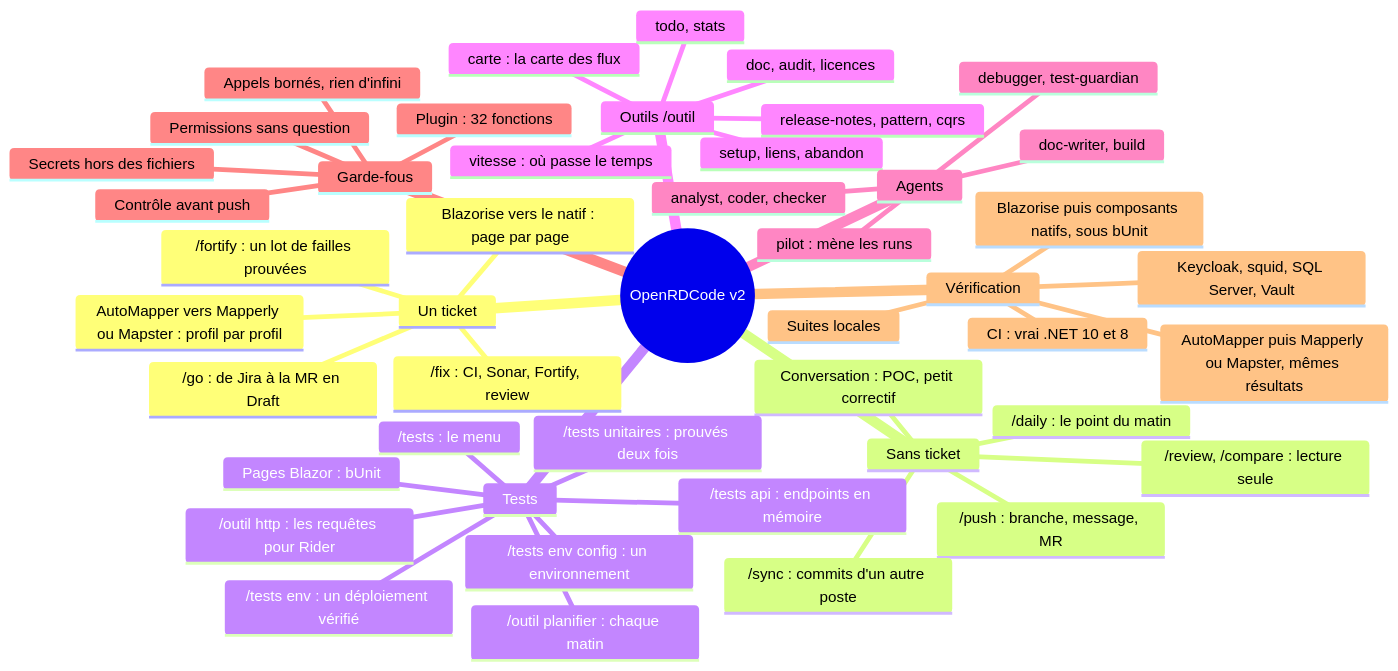
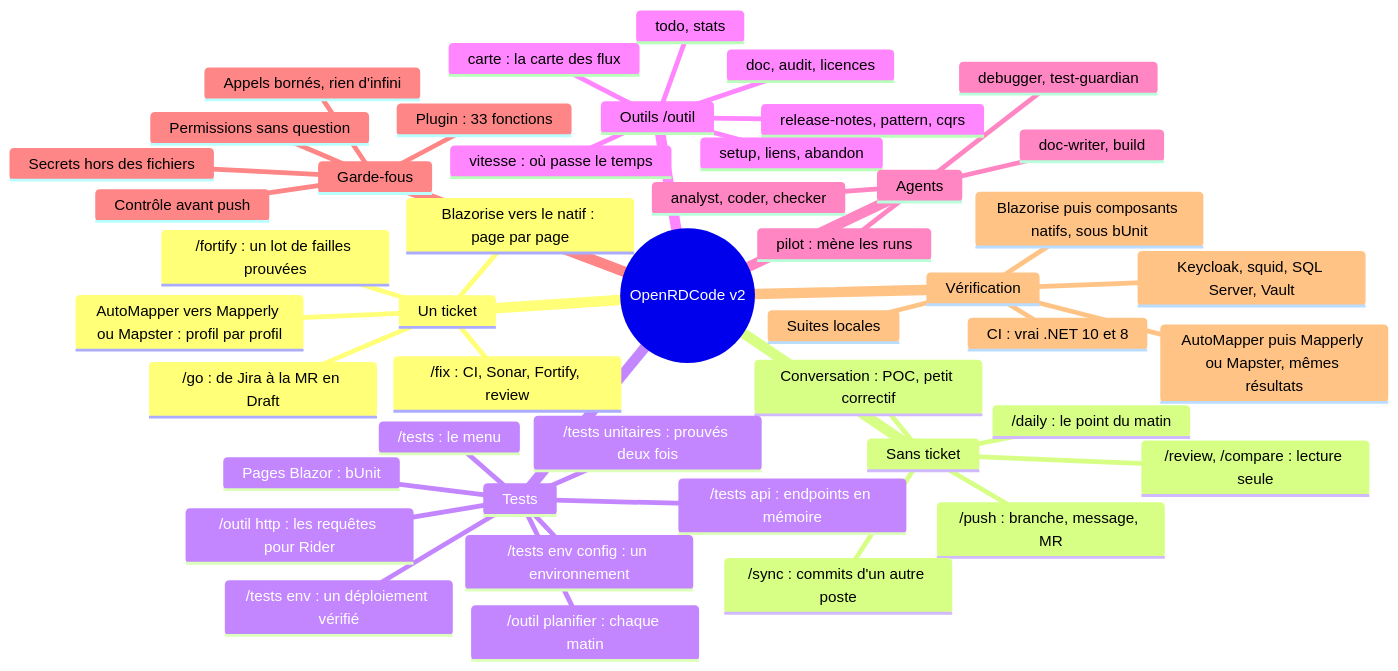
Before and after one commit to RabieDerouiche/OpenRDCode: the second of 8 diagrams in opencode-v2/README.md, drawn with Mermaid. The commit also changed other lines of this file and 11 other files, not shown here.

````diff
--- a/opencode-v2/README.md
+++ b/opencode-v2/README.md
@@ -96,49 +96,49 @@
 ```mermaid
 mindmap
   root((OpenRDCode v2))
     Un ticket
       /go : de Jira à la MR en Draft
       /fix : CI, Sonar, Fortify, review
       /fortify : un lot de failles prouvées
       Blazorise vers le natif : page par page
       AutoMapper vers Mapperly ou Mapster : profil par profil
     Sans ticket
       Conversation : POC, petit correctif
       /push : branche, message, MR
       /sync : commits d'un autre poste
       /daily : le point du matin
       /review, /compare : lecture seule
     Tests
       /tests : le menu
       /tests unitaires : prouvés deux fois
       Pages Blazor : bUnit
       /tests api : endpoints en mémoire
       /tests env config : un environnement
       /tests env : un déploiement vérifié
       /outil http : les requêtes pour Rider
       /outil planifier : chaque matin
     Outils /outil
       doc, audit, licences
       release-notes, pattern, cqrs
       setup, liens, abandon
       todo, stats
       carte : la carte des flux
       vitesse : où passe le temps
     Agents
       pilot : mène les runs
       analyst, coder, checker
       debugger, test-guardian
       doc-writer, build
     Garde-fous
-      Plugin : 32 fonctions
+      Plugin : 33 fonctions
       Appels bornés, rien d'infini
       Permissions sans question
       Contrôle avant push
       Secrets hors des fichiers
     Vérification
       Suites locales
       CI : vrai .NET 10 et 8
       Keycloak, squid, SQL Server, Vault
       Blazorise puis composants natifs, sous bUnit
       AutoMapper puis Mapperly ou Mapster, mêmes résultats
 ```
````
